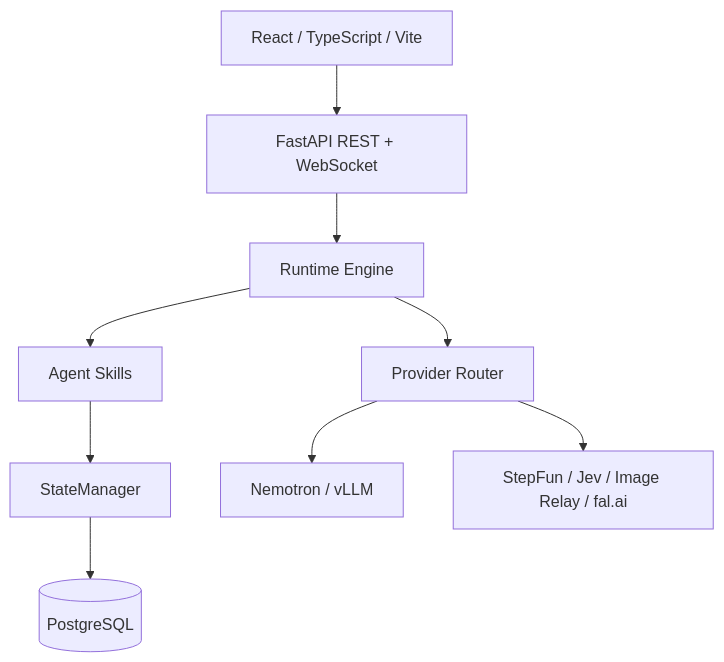
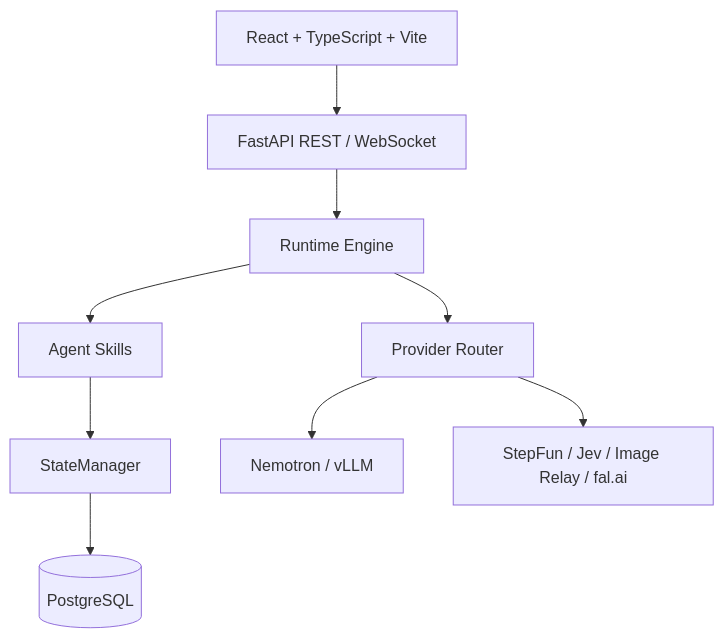
One commit to lujunlin-cn/Interaction changed the diagram in docs/TECH_STACK.md. Above: the diagram before and after it, drawn with Mermaid. The commit also changed other lines of this file and 5 other files, not shown here.

````diff
--- a/docs/TECH_STACK.md
+++ b/docs/TECH_STACK.md
@@ -5,18 +5,18 @@
 ```mermaid
 flowchart TB
-    UI[React / TypeScript / Vite]
-    API[FastAPI REST + WebSocket]
+    UI[React + TypeScript + Vite]
+    API[FastAPI REST / WebSocket]
     RT[Runtime Engine]
     SK[Agent Skills]
     SM[StateManager]
     DB[(PostgreSQL)]
     PR[Provider Router]
     LOCAL[Nemotron / vLLM]
     CLOUD[StepFun / Jev / Image Relay / fal.ai]
     UI --> API --> RT
     RT --> SK
     SK --> SM --> DB
     RT --> PR
     PR --> LOCAL
     PR --> CLOUD
 ```
````
